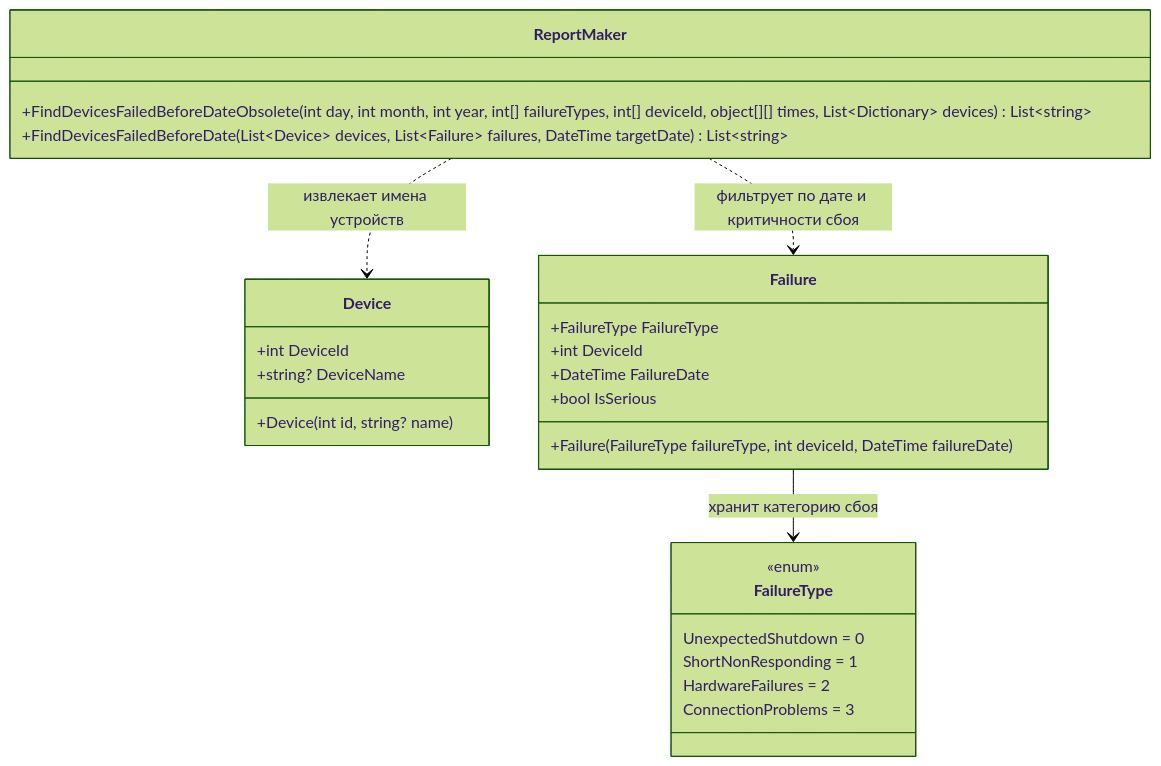
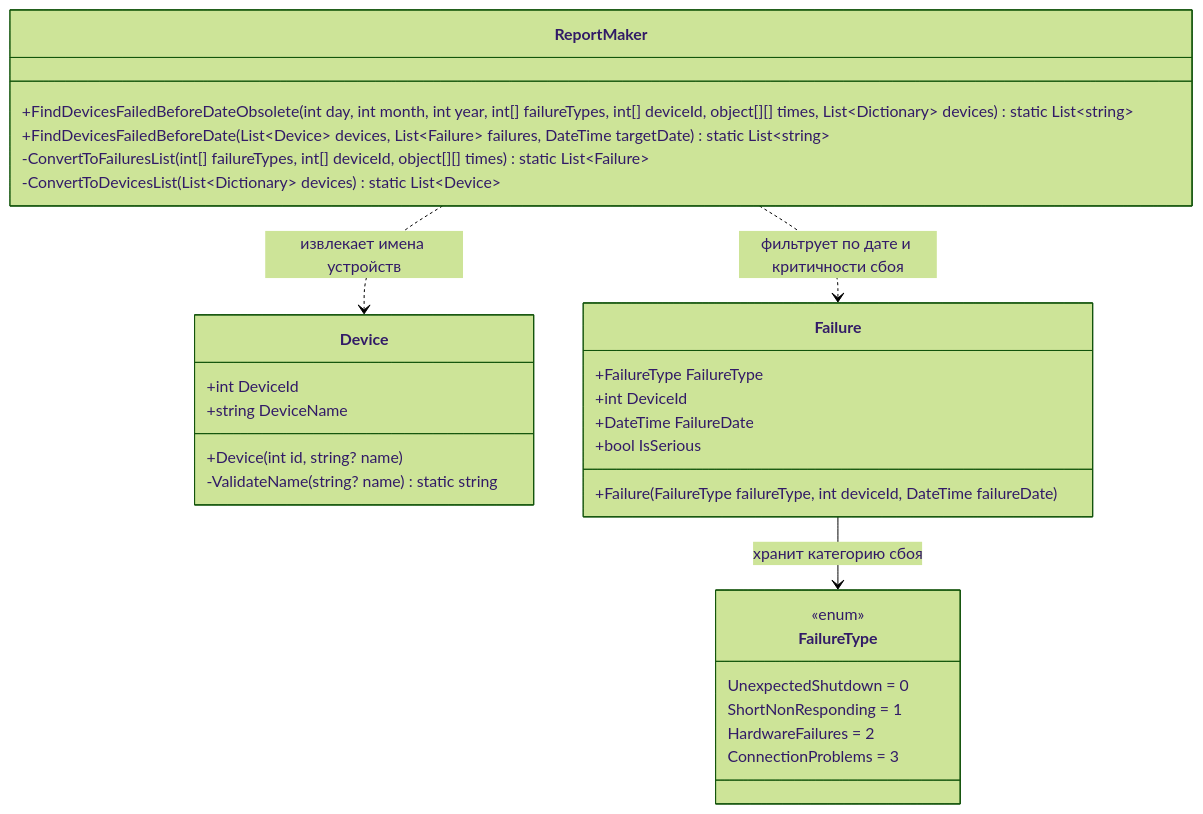
One commit to alievAlbert/practice_cs_2026 changed the diagram in sboi.md. Above: the diagram before and after it, drawn with Mermaid (forest theme).

````diff
--- a/sboi.md
+++ b/sboi.md
@@ -10,34 +10,38 @@
 ```mermaid
 classDiagram
 
     class FailureType {
         <<enum>>
         UnexpectedShutdown = 0
         ShortNonResponding = 1
         HardwareFailures = 2
         ConnectionProblems = 3
     }
 
     class Device {
         +int DeviceId
-        +string? DeviceName
+        +string DeviceName
         +Device(int id, string? name)
+        -ValidateName(string? name) static string
     }
 
     class Failure {
         +FailureType FailureType
         +int DeviceId
         +DateTime FailureDate
         +bool IsSerious
         +Failure(FailureType failureType, int deviceId, DateTime failureDate)
     }
 
     class ReportMaker {
-        +FindDevicesFailedBeforeDateObsolete(int day, int month, int year, int[] failureTypes, int[] deviceId, object[][] times, List~Dictionary~ devices) List~string~
-        +FindDevicesFailedBeforeDate(List~Device~ devices, List~Failure~ failures, DateTime targetDate) List~string~
+        +FindDevicesFailedBeforeDateObsolete(int day, int month, int year, int[] failureTypes, int[] deviceId, object[][] times, List~Dictionary~ devices) static List~string~
+        +FindDevicesFailedBeforeDate(List~Device~ devices, List~Failure~ failures, DateTime targetDate) static List~string~
+        -ConvertToFailuresList(int[] failureTypes, int[] deviceId, object[][] times) static List~Failure~
+        -ConvertToDevicesList(List~Dictionary~ devices) static List~Device~
     }
 
     Failure --> FailureType : хранит категорию сбоя
     ReportMaker ..> Device : извлекает имена устройств
     ReportMaker ..> Failure : фильтрует по дате и критичности сбоя
+
 ```
````
